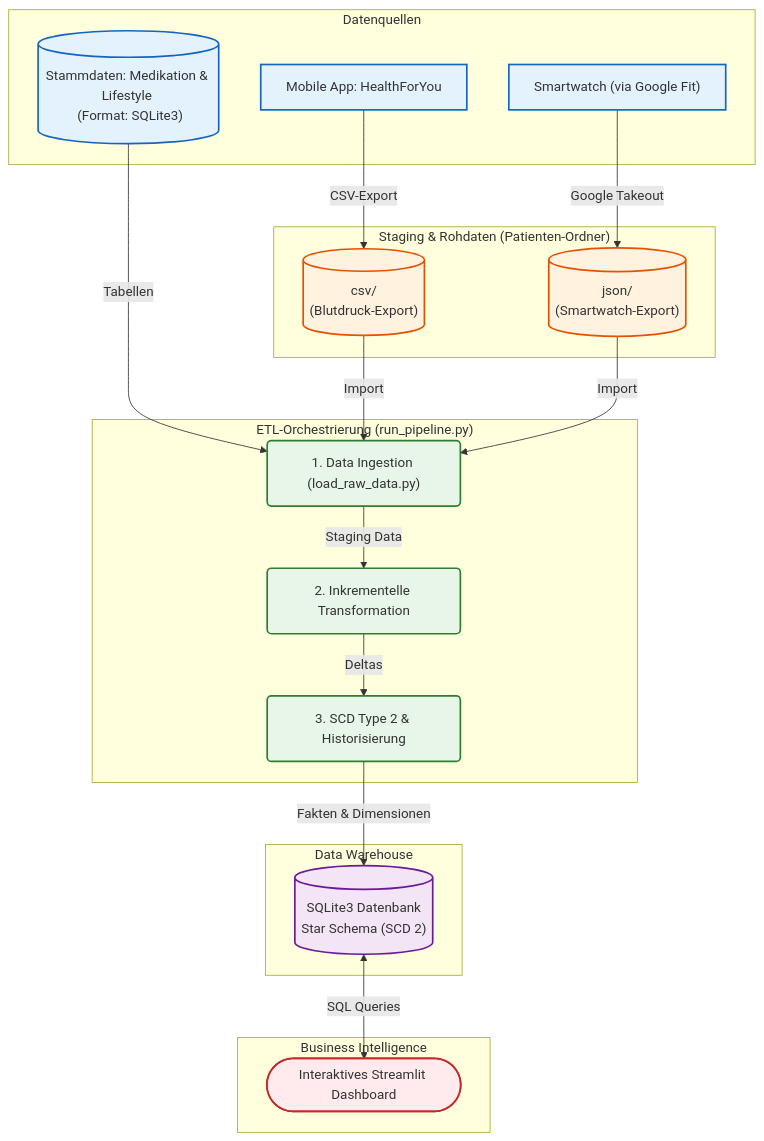
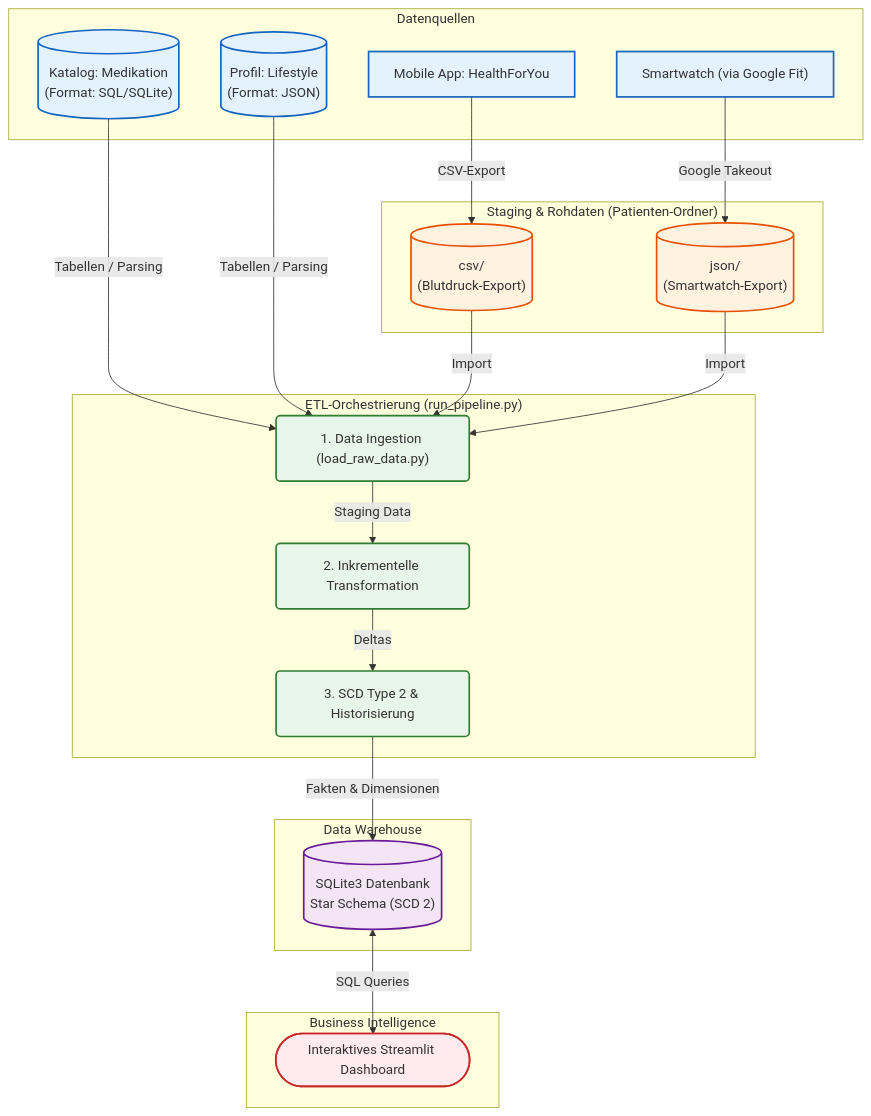
Before and after one commit to NilsBauch/blutdruck_data_engineer_training: the diagram in Architektur/Architektur_Uebersicht.md, drawn with Mermaid. The commit also changed other lines of this file and 1 other file, not shown here.

Commit message:
architektur diagramm upodate

````diff
--- a/Architektur/Architektur_Uebersicht.md
+++ b/Architektur/Architektur_Uebersicht.md
@@ -31,59 +31,60 @@
 ```mermaid
 flowchart TD
     %% Quellen
     subgraph Quellen ["Datenquellen"]
         A["Mobile App: HealthForYou"]
         B["Smartwatch (via Google Fit)"]
-        M[("Stammdaten: Medikation & Lifestyle \n (Format: SQLite3)")]
+        M_MED[("Katalog: Medikation \n (Format: SQL/SQLite)")]
+        M_LIFE[("Profil: Lifestyle \n (Format: JSON)")]
     end
 
     %% Export/Rohdaten Layer (Umstrukturiert)
     subgraph Export ["Staging & Rohdaten (Patienten-Ordner)"]
         C[("csv/ \n (Blutdruck-Export)")]
         D[("json/ \n (Smartwatch-Export)")]
     end
 
     %% Pipeline Layer
     subgraph ETL ["ETL-Orchestrierung (run_pipeline.py)"]
         E("1. Data Ingestion (load_raw_data.py)")
         F("2. Inkrementelle Transformation")
         G("3. SCD Type 2 & Historisierung")
     end
 
     %% Storage Layer
     subgraph Storage ["Data Warehouse"]
         H[("SQLite3 Datenbank \n Star Schema (SCD 2)")]
     end
 
     %% Presentation Layer
     subgraph Analyse ["Business Intelligence"]
         I(["Interaktives Streamlit Dashboard"])
     end
 
     %% Datenfluss
     A -->|"CSV-Export"| C
     B -->|"Google Takeout"| D
-    M -->|"Tabellen"| E
+    M_MED & M_LIFE -->|"Tabellen / Parsing"| E
 
     C -->|"Import"| E
     D -->|"Import"| E
 
     E -->|"Staging Data"| F
     F -->|"Deltas"| G
     G -->|"Fakten & Dimensionen"| H
 
     H <-->|"SQL Queries"| I
 
     %% Styling
     classDef source fill:#e3f2fd,stroke:#1565c0,stroke-width:2px;
     classDef raw fill:#fff3e0,stroke:#e65100,stroke-width:2px;
     classDef process fill:#e8f5e9,stroke:#2e7d32,stroke-width:2px;
     classDef dwh fill:#f3e5f5,stroke:#6a1b9a,stroke-width:2px;
     classDef dash fill:#ffebee,stroke:#c62828,stroke-width:2px;
 
-    class A,B,M source;
+    class A,B,M_MED,M_LIFE source;
     class C,D raw;
     class E,F,G process;
     class H dwh;
     class I dash;
 ```
````
